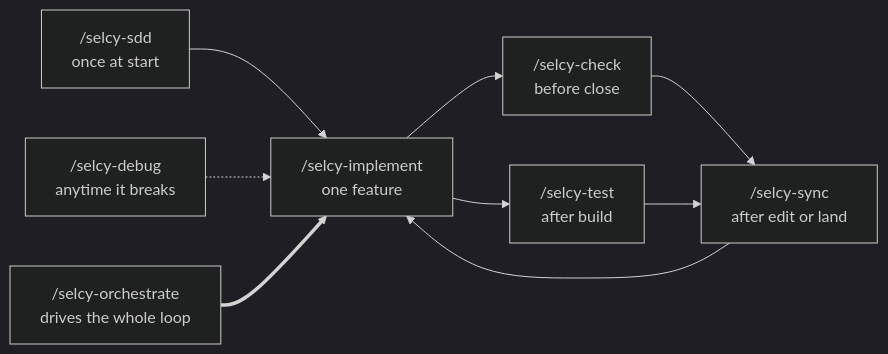
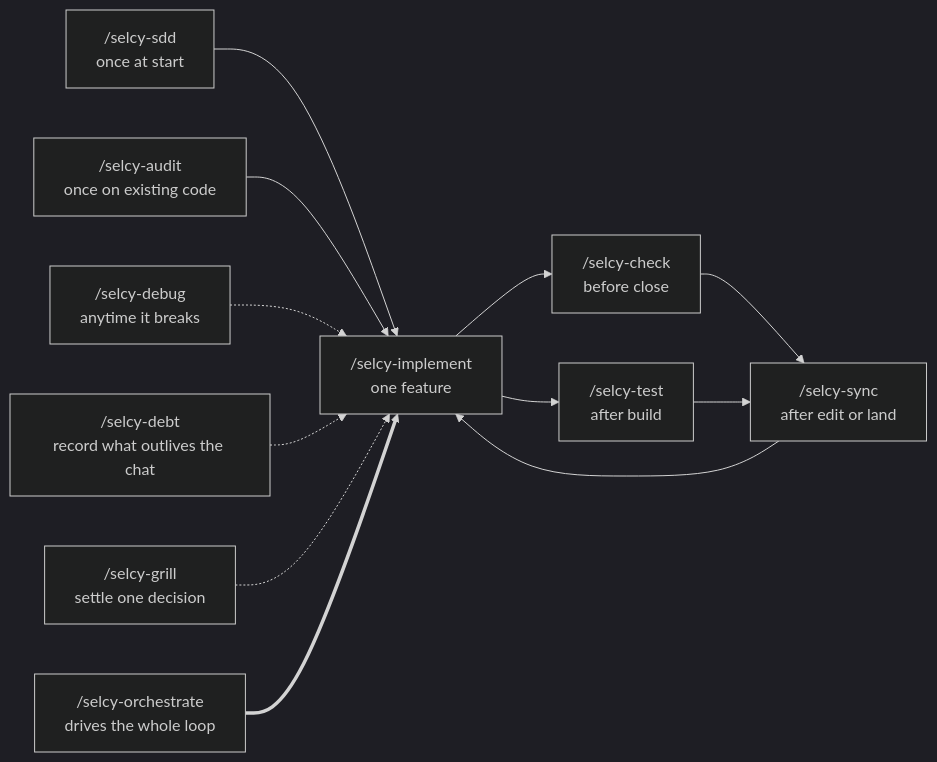
Before and after one commit to maulanaadib/skills: the diagram in README.md, drawn with Mermaid (dark theme). The commit also changed other lines of this file and 10 other files, not shown here.

First line of the commit message:
feat: add brownfield and maintenance skills (audit, grill, debt)

````diff
--- a/README.md
+++ b/README.md
@@ -9,13 +11,16 @@
 ```mermaid
 flowchart LR
     A["/selcy-sdd<br/>once at start"] --> B["/selcy-implement<br/>one feature"]
+    H["/selcy-audit<br/>once on existing code"] --> B
     B --> C["/selcy-check<br/>before close"]
     B --> D["/selcy-test<br/>after build"]
     C --> E["/selcy-sync<br/>after edit or land"]
     D --> E
     E --> B
 
     F["/selcy-debug<br/>anytime it breaks"] -.-> B
+    I["/selcy-debt<br/>record what outlives the chat"] -.-> B
+    J["/selcy-grill<br/>settle one decision"] -.-> B
 
     G["/selcy-orchestrate<br/>drives the whole loop"] ==> B
 ```
````
